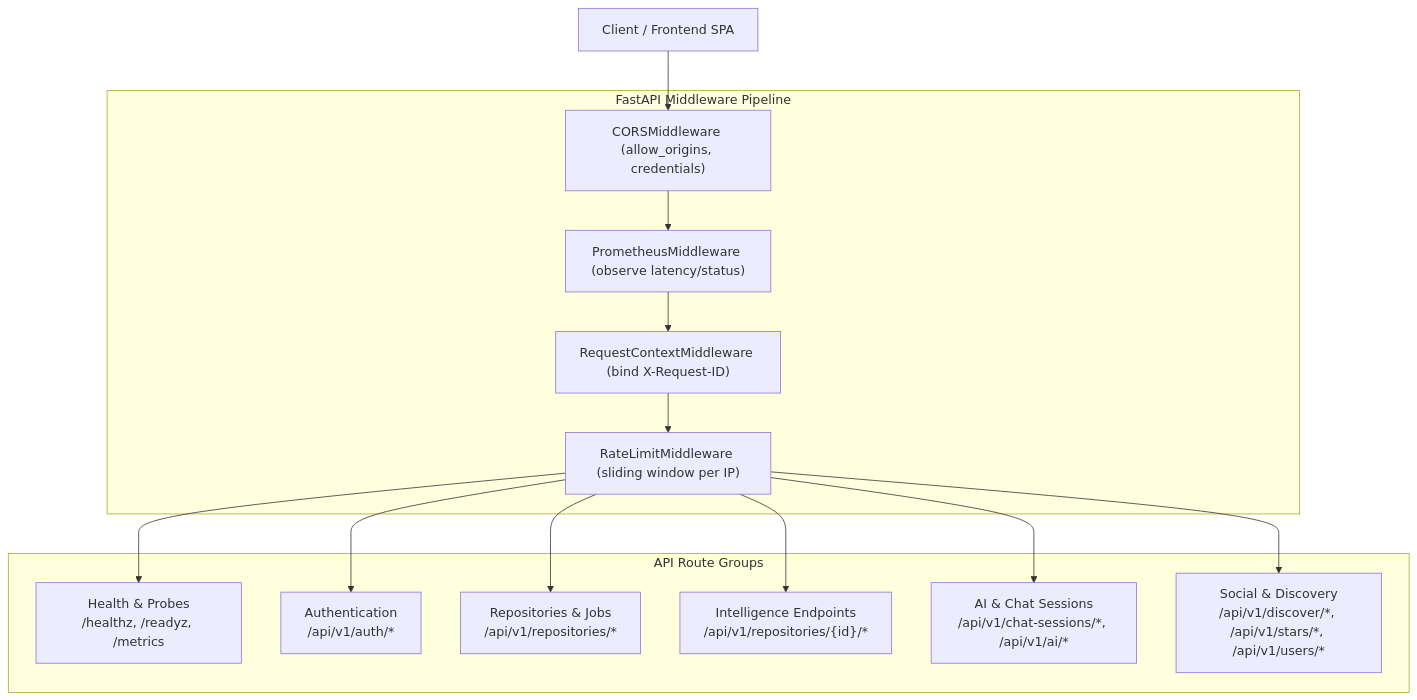
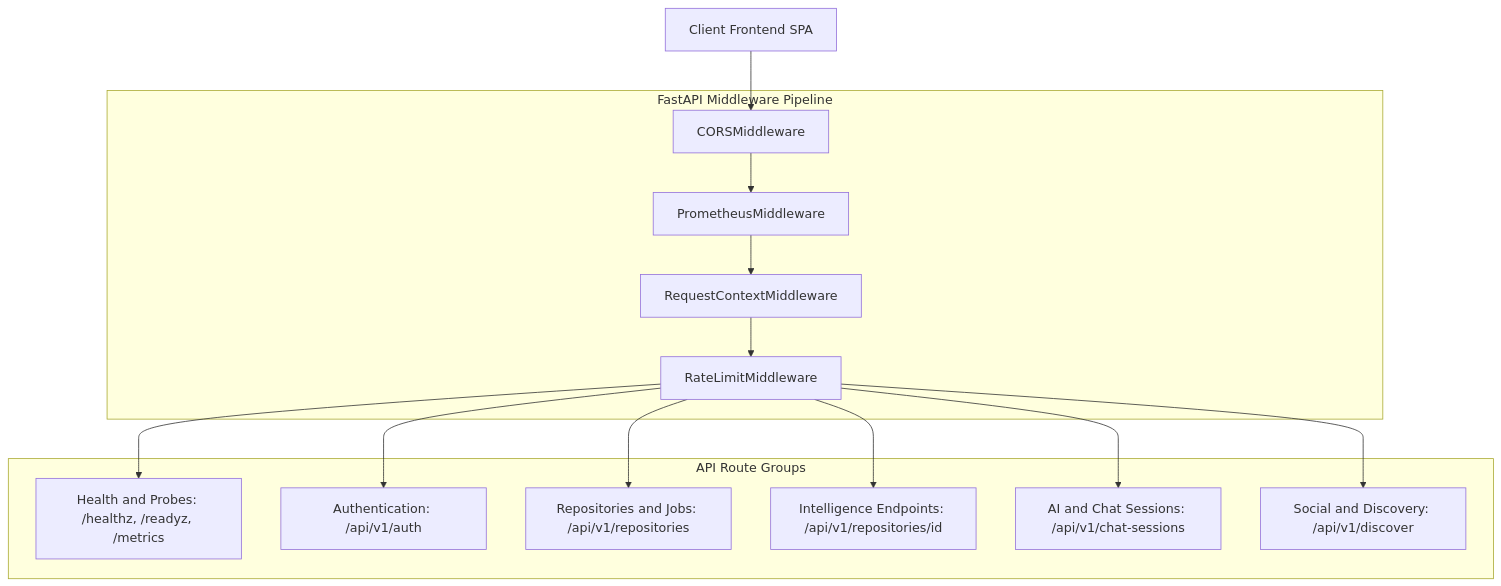
One commit to nikhil-87/CodeSensei changed the diagram in vault/05-api-documentation.md. Above: the diagram before and after it, drawn with Mermaid. The commit also changed 25 other files, not shown here.

Commit message:
docs: initialize comprehensive technical documentation, architecture diagrams, and verification guides in vault and docs directories

````diff
--- a/vault/05-api-documentation.md
+++ b/vault/05-api-documentation.md
@@ -10,28 +10,31 @@
 ```mermaid
 flowchart TD
-    Client["Client / Frontend SPA"]
+    Client["Client Frontend SPA"]
     
     subgraph MiddlewareStack ["FastAPI Middleware Pipeline"]
-        CORS["CORSMiddleware (allow_origins, credentials)"]
-        Prom["PrometheusMiddleware (observe latency/status)"]
-        ReqCtx["RequestContextMiddleware (bind X-Request-ID)"]
-        RateLimit["RateLimitMiddleware (sliding window per IP)"]
+        CORS["CORSMiddleware"]
+        Prom["PrometheusMiddleware"]
+        ReqCtx["RequestContextMiddleware"]
+        RateLimit["RateLimitMiddleware"]
     end
     
     subgraph RouteGroups ["API Route Groups"]
-        HealthGroup["Health & Probes<br/>/healthz, /readyz, /metrics"]
-        AuthGroup["Authentication<br/>/api/v1/auth/*"]
-        RepoGroup["Repositories & Jobs<br/>/api/v1/repositories/*"]
-        IntelGroup["Intelligence Endpoints<br/>/api/v1/repositories/{id}/*"]
-        AIGroup["AI & Chat Sessions<br/>/api/v1/chat-sessions/*, /api/v1/ai/*"]
-        SocialGroup["Social & Discovery<br/>/api/v1/discover/*, /api/v1/stars/*, /api/v1/users/*"]
+        HealthGroup["Health and Probes: /healthz, /readyz, /metrics"]
+        AuthGroup["Authentication: /api/v1/auth"]
+        RepoGroup["Repositories and Jobs: /api/v1/repositories"]
+        IntelGroup["Intelligence Endpoints: /api/v1/repositories/id"]
+        AIGroup["AI and Chat Sessions: /api/v1/chat-sessions"]
+        SocialGroup["Social and Discovery: /api/v1/discover"]
     end
 
-    Client --> CORS --> Prom --> ReqCtx --> RateLimit
+    Client --> CORS
+    CORS --> Prom
+    Prom --> ReqCtx
+    ReqCtx --> RateLimit
     RateLimit --> HealthGroup
     RateLimit --> AuthGroup
     RateLimit --> RepoGroup
     RateLimit --> IntelGroup
     RateLimit --> AIGroup
     RateLimit --> SocialGroup
 ```
````
